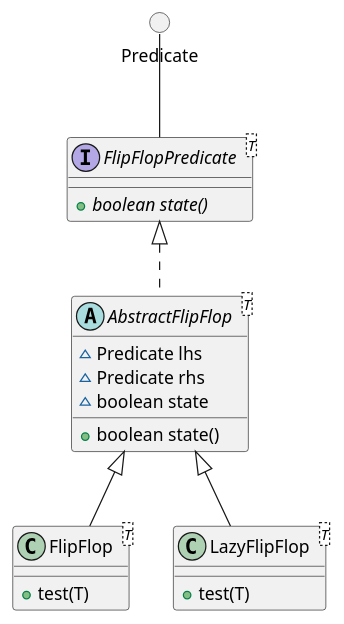
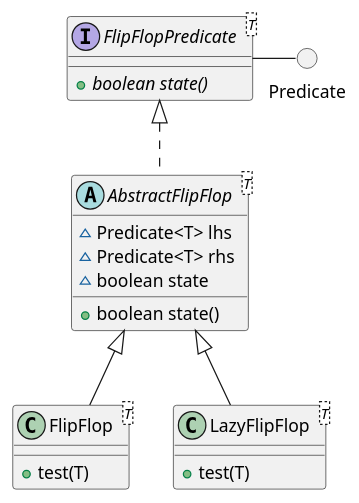
Before and after one commit to rabestro/java-flip-flop-operator: the diagram in flipflop/docs/asciidoc/clases.puml, drawn with PlantUML. The commit also changed 12 other files, not shown here.

```diff
--- a/flipflop/docs/asciidoc/clases.puml
+++ b/flipflop/docs/asciidoc/clases.puml
@@ -1,25 +1,25 @@
 @startuml
-circle Predicate<T>
+circle Predicate
 
 interface FlipFlopPredicate<T> {
     + {abstract} boolean state()
 '    + {static}  FlipFlopPredicate flipFlop(Predicate, Predicate)
 '    + {static}  FlipFlopPredicate lazyFlipFlop(Predicate, Predicate)
 }
 abstract class AbstractFlipFlop<T> {
-    ~Predicate lhs
-    ~Predicate rhs
+    ~Predicate<T> lhs
+    ~Predicate<T> rhs
     ~boolean state
     +boolean state()
 }
 class FlipFlop<T> {
     +test(T)
 }
 class LazyFlipFlop<T> {
     +test(T)
 }
-Predicate -- FlipFlopPredicate
+FlipFlopPredicate - Predicate
 FlipFlopPredicate <|.. AbstractFlipFlop
 AbstractFlipFlop <|-- FlipFlop
 AbstractFlipFlop <|-- LazyFlipFlop
 @enduml
```
